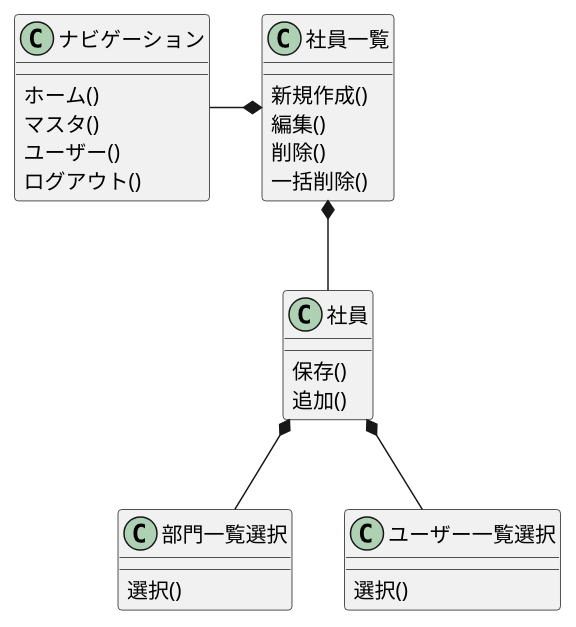
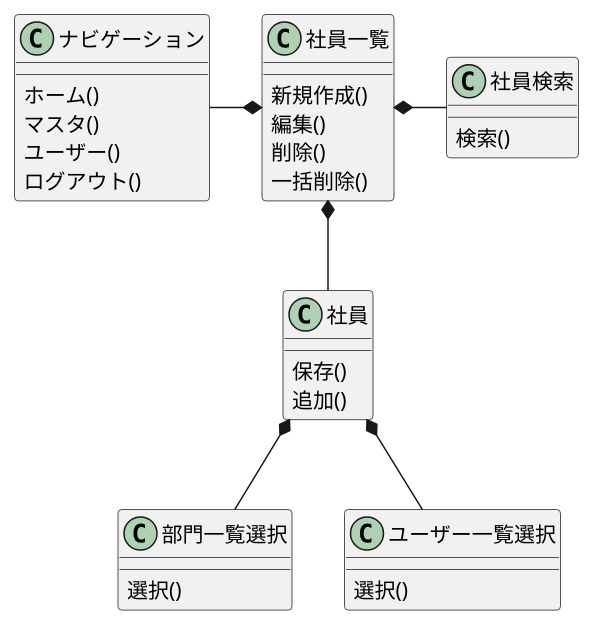
Before and after one commit to k2works/case-study-sales: diagram 25 of 35 in docs/dev.adoc, drawn with PlantUML. The commit also changed other lines of this file and 8 other files, not shown here.

```diff
--- a/docs/dev.adoc
+++ b/docs/dev.adoc
@@ -811,37 +976,42 @@
 [plantuml]
 ----
 @startuml
   class 社員一覧 {
     新規作成()
     編集()
     削除()
     一括削除()
   }
 
   class 社員 {
     保存()
     追加()
   }
 
   class 部門一覧選択 {
     選択()
   }
 
   class ユーザー一覧選択 {
     選択()
   }
 
+  class 社員検索 {
+    検索()
+  }
+
   class ナビゲーション {
     ホーム()
     マスタ()
     ユーザー()
     ログアウト()
   }
 
   ナビゲーション -* 社員一覧
   社員一覧 *-- 社員
+  社員一覧 *- 社員検索
   社員 *-- ユーザー一覧選択
   社員 *-- 部門一覧選択
 
 @enduml
 ----
```
